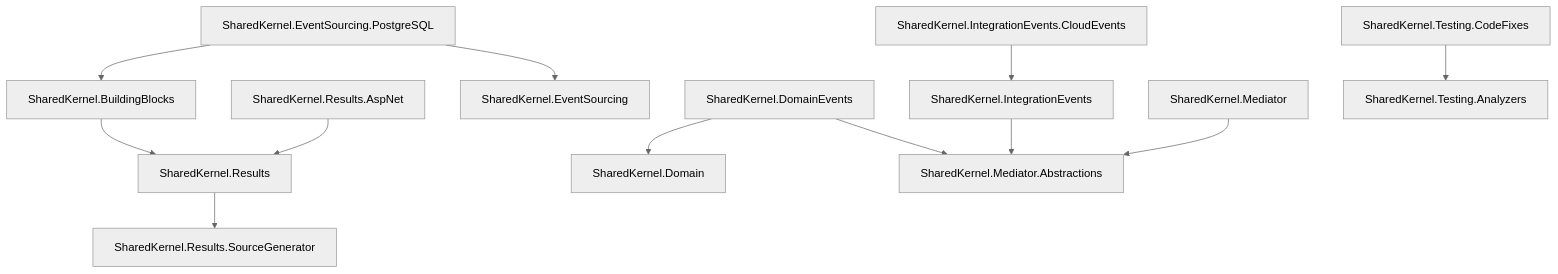
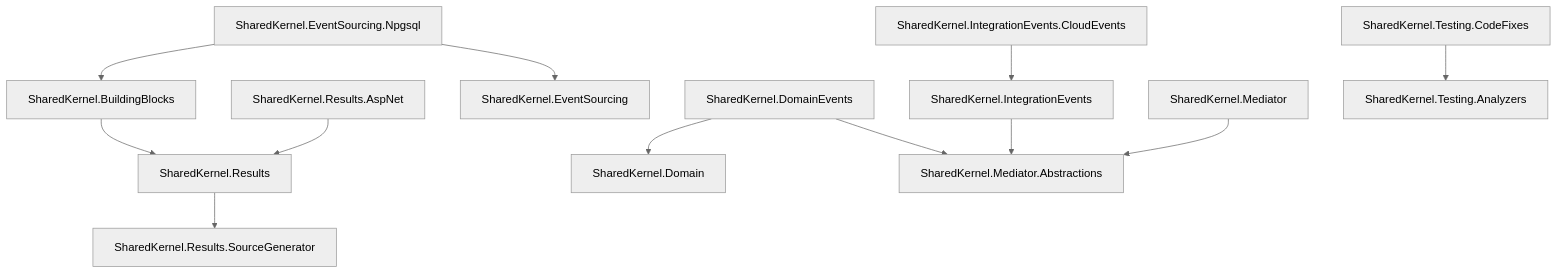
One commit to danigutsch/ViajantesTurismo changed the fourth of 4 diagrams in docs/architecture/boundaries-and-dependencies.md. Above: the diagram before and after it, drawn with Mermaid (neutral theme). The commit also changed other lines of this file and 40 other files, not shown here.

Commit message:
refactor(sharedkernel): name event sourcing npgsql adapter

````diff
--- a/docs/architecture/boundaries-and-dependencies.md
+++ b/docs/architecture/boundaries-and-dependencies.md
@@ -168,14 +168,14 @@
 ```mermaid
 flowchart TB
     SharedKernel_BuildingBlocks[SharedKernel.BuildingBlocks] --> SharedKernel_Results[SharedKernel.Results]
     SharedKernel_DomainEvents[SharedKernel.DomainEvents] --> SharedKernel_Domain[SharedKernel.Domain]
     SharedKernel_DomainEvents[SharedKernel.DomainEvents] --> SharedKernel_Mediator_Abstractions[SharedKernel.Mediator.Abstractions]
-    SharedKernel_EventSourcing_PostgreSQL[SharedKernel.EventSourcing.PostgreSQL] --> SharedKernel_BuildingBlocks[SharedKernel.BuildingBlocks]
-    SharedKernel_EventSourcing_PostgreSQL[SharedKernel.EventSourcing.PostgreSQL] --> SharedKernel_EventSourcing[SharedKernel.EventSourcing]
+    SharedKernel_EventSourcing_Npgsql[SharedKernel.EventSourcing.Npgsql] --> SharedKernel_BuildingBlocks[SharedKernel.BuildingBlocks]
+    SharedKernel_EventSourcing_Npgsql[SharedKernel.EventSourcing.Npgsql] --> SharedKernel_EventSourcing[SharedKernel.EventSourcing]
     SharedKernel_IntegrationEvents[SharedKernel.IntegrationEvents] --> SharedKernel_Mediator_Abstractions[SharedKernel.Mediator.Abstractions]
     SharedKernel_IntegrationEvents_CloudEvents[SharedKernel.IntegrationEvents.CloudEvents] --> SharedKernel_IntegrationEvents[SharedKernel.IntegrationEvents]
     SharedKernel_Mediator[SharedKernel.Mediator] --> SharedKernel_Mediator_Abstractions[SharedKernel.Mediator.Abstractions]
     SharedKernel_Results[SharedKernel.Results] --> SharedKernel_Results_SourceGenerator[SharedKernel.Results.SourceGenerator]
     SharedKernel_Results_AspNet[SharedKernel.Results.AspNet] --> SharedKernel_Results[SharedKernel.Results]
     SharedKernel_Testing_CodeFixes[SharedKernel.Testing.CodeFixes] --> SharedKernel_Testing_Analyzers[SharedKernel.Testing.Analyzers]
 ```
````
